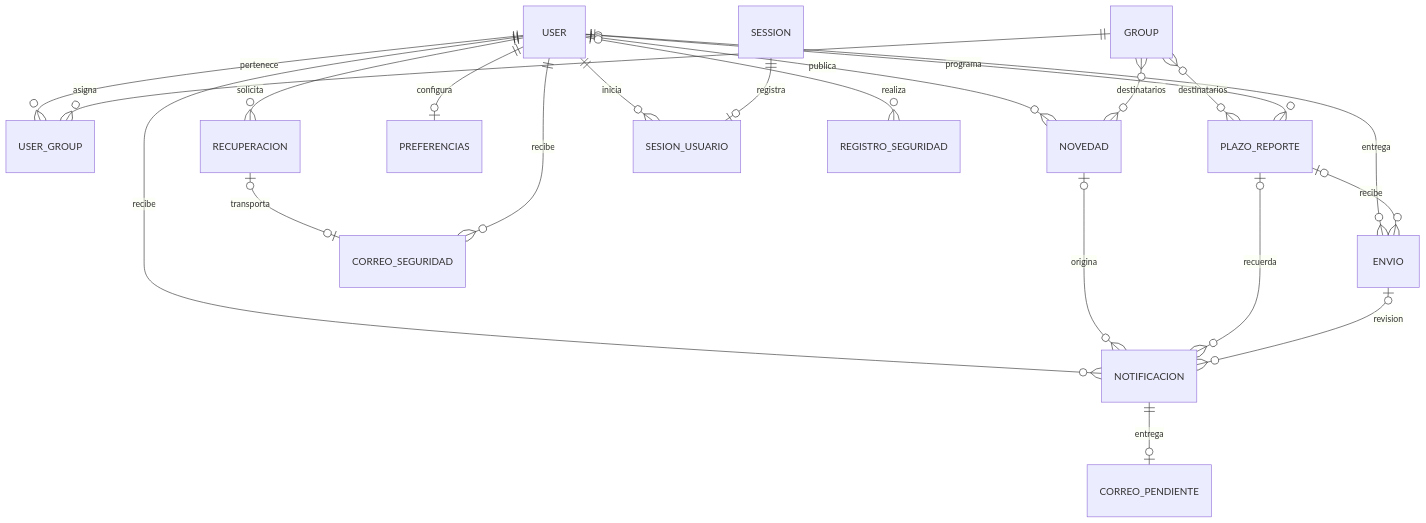
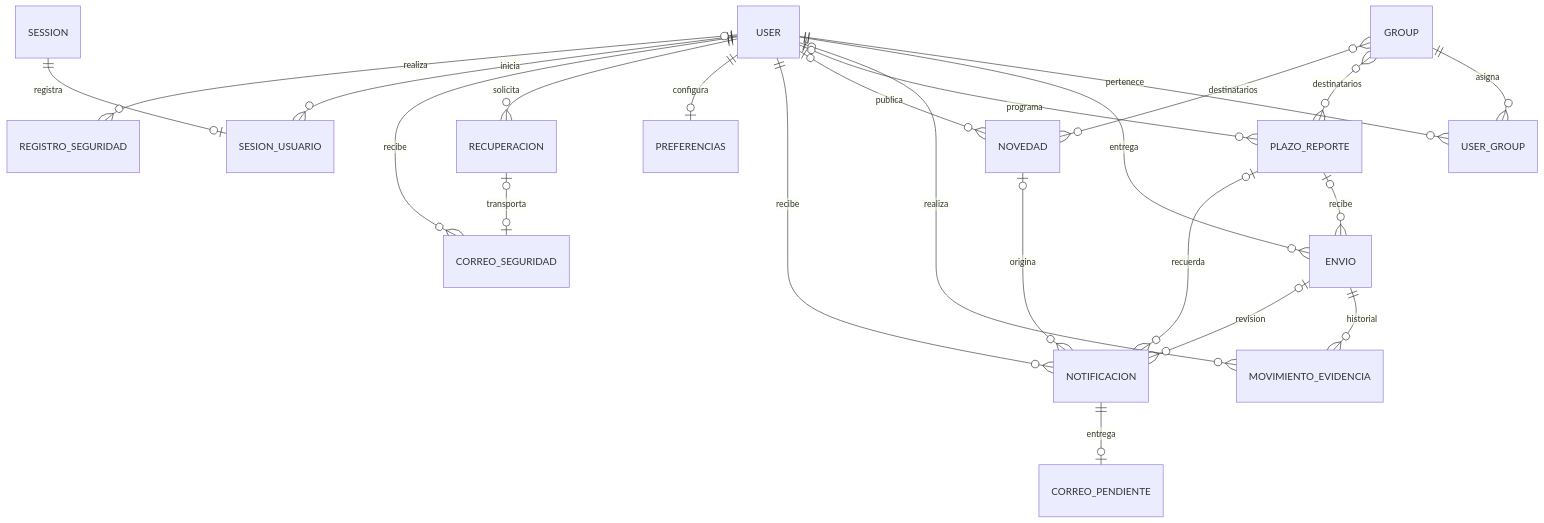
One commit to Falcaoperez/senova changed the diagram in database/documentacion/modelo.md. Above: the diagram before and after it, drawn with Mermaid. The commit also changed other lines of this file and 35 other files, not shown here.

````diff
--- a/database/documentacion/modelo.md
+++ b/database/documentacion/modelo.md
@@ -5,23 +5,25 @@
 ```mermaid
 erDiagram
     USER ||--o{ USER_GROUP : pertenece
     GROUP ||--o{ USER_GROUP : asigna
     USER ||--o{ ENVIO : entrega
+    ENVIO ||--o{ MOVIMIENTO_EVIDENCIA : historial
+    USER o|--o{ MOVIMIENTO_EVIDENCIA : realiza
     PLAZO_REPORTE o|--o{ ENVIO : recibe
     GROUP }o--o{ PLAZO_REPORTE : destinatarios
     USER o|--o{ PLAZO_REPORTE : programa
     USER o|--o{ NOVEDAD : publica
     GROUP }o--o{ NOVEDAD : destinatarios
     USER ||--o{ NOTIFICACION : recibe
     NOVEDAD o|--o{ NOTIFICACION : origina
     PLAZO_REPORTE o|--o{ NOTIFICACION : recuerda
     ENVIO o|--o{ NOTIFICACION : revision
     NOTIFICACION ||--o| CORREO_PENDIENTE : entrega
     USER ||--o| PREFERENCIAS : configura
     USER ||--o{ RECUPERACION : solicita
     RECUPERACION o|--o| CORREO_SEGURIDAD : transporta
     USER ||--o{ CORREO_SEGURIDAD : recibe
     USER ||--o{ SESION_USUARIO : inicia
     SESSION ||--o| SESION_USUARIO : registra
     USER o|--o{ REGISTRO_SEGURIDAD : realiza
 ```
````
